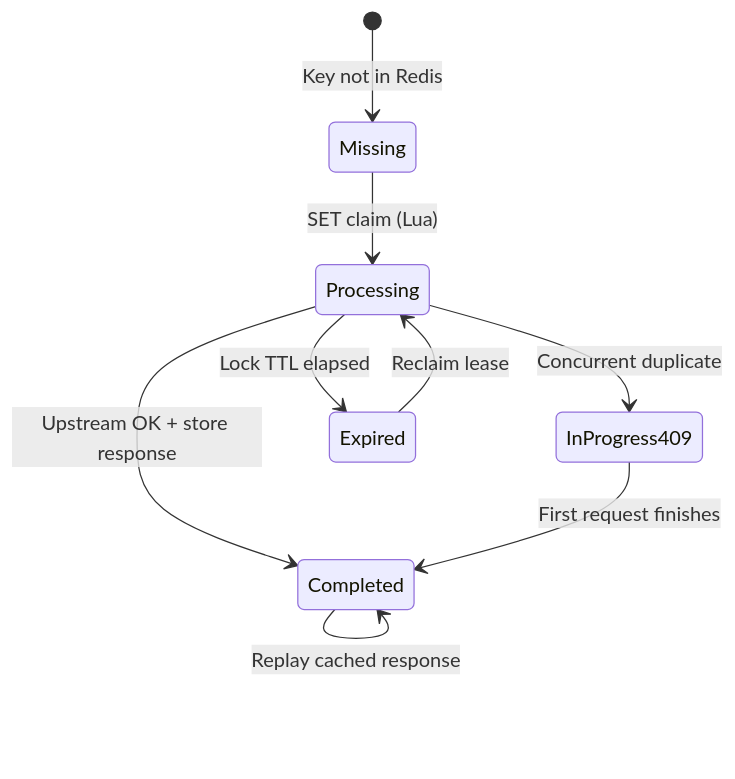
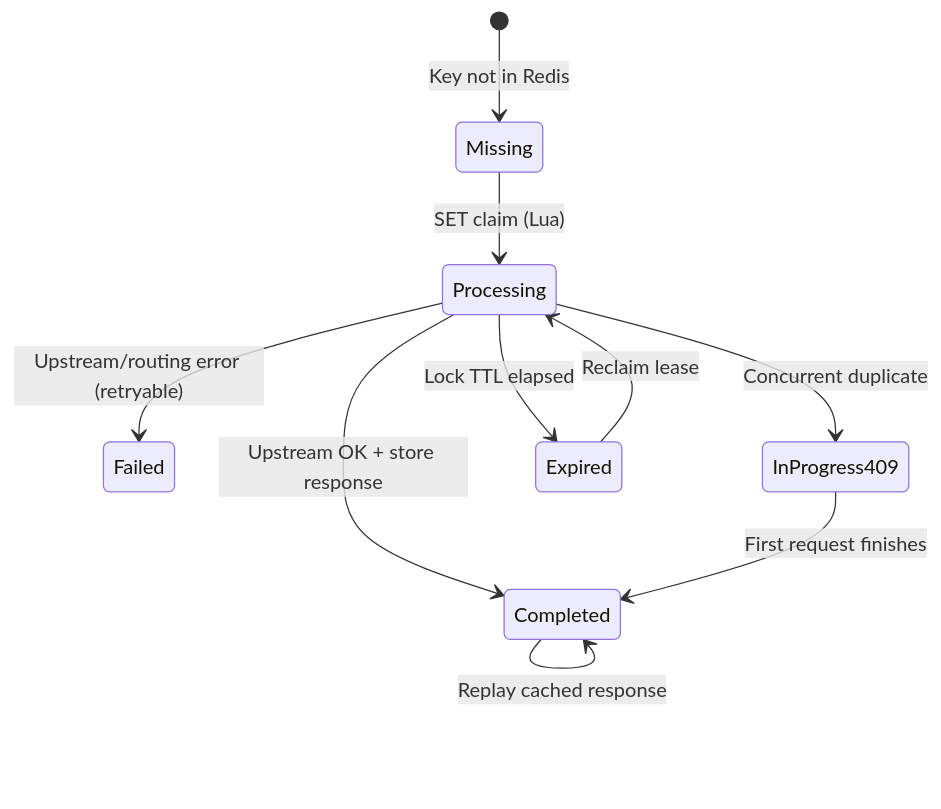
One commit to RUDRA-PRATAP-SINGH01/Distributed-rate-limiter changed diagram 12 of 22 in README.md. Above: the diagram before and after it, drawn with Mermaid. The commit also changed other lines of this file and 22 other files, not shown here.

````diff
--- a/README.md
+++ b/README.md
@@ -552,11 +552,12 @@
 ```mermaid
 stateDiagram-v2
     [*] --> Missing: Key not in Redis
     Missing --> Processing: SET claim (Lua)
     Processing --> Completed: Upstream OK + store response
+    Processing --> Failed: Upstream/routing error (retryable)
     Processing --> InProgress409: Concurrent duplicate
     Processing --> Expired: Lock TTL elapsed
     Expired --> Processing: Reclaim lease
     Completed --> Completed: Replay cached response
     InProgress409 --> Completed: First request finishes
 ```
````
